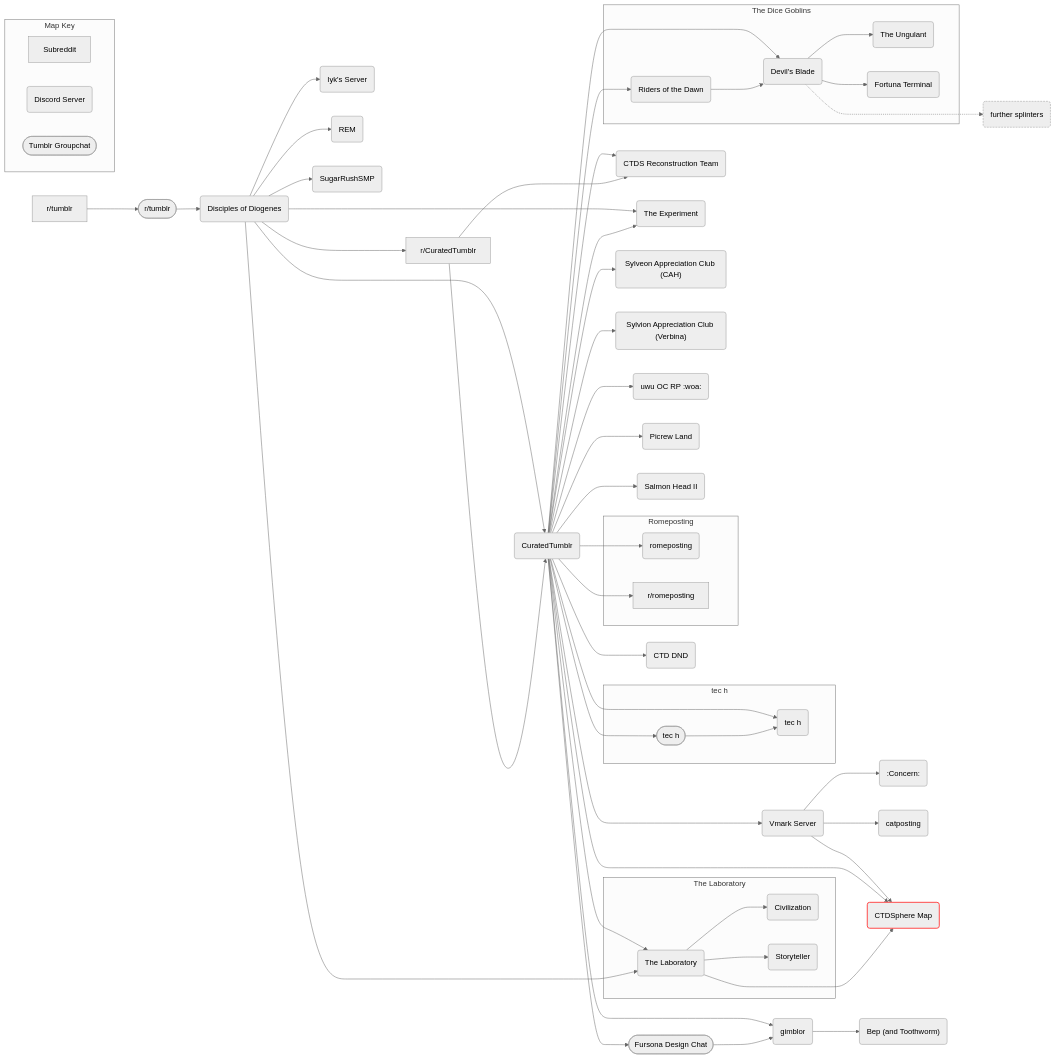
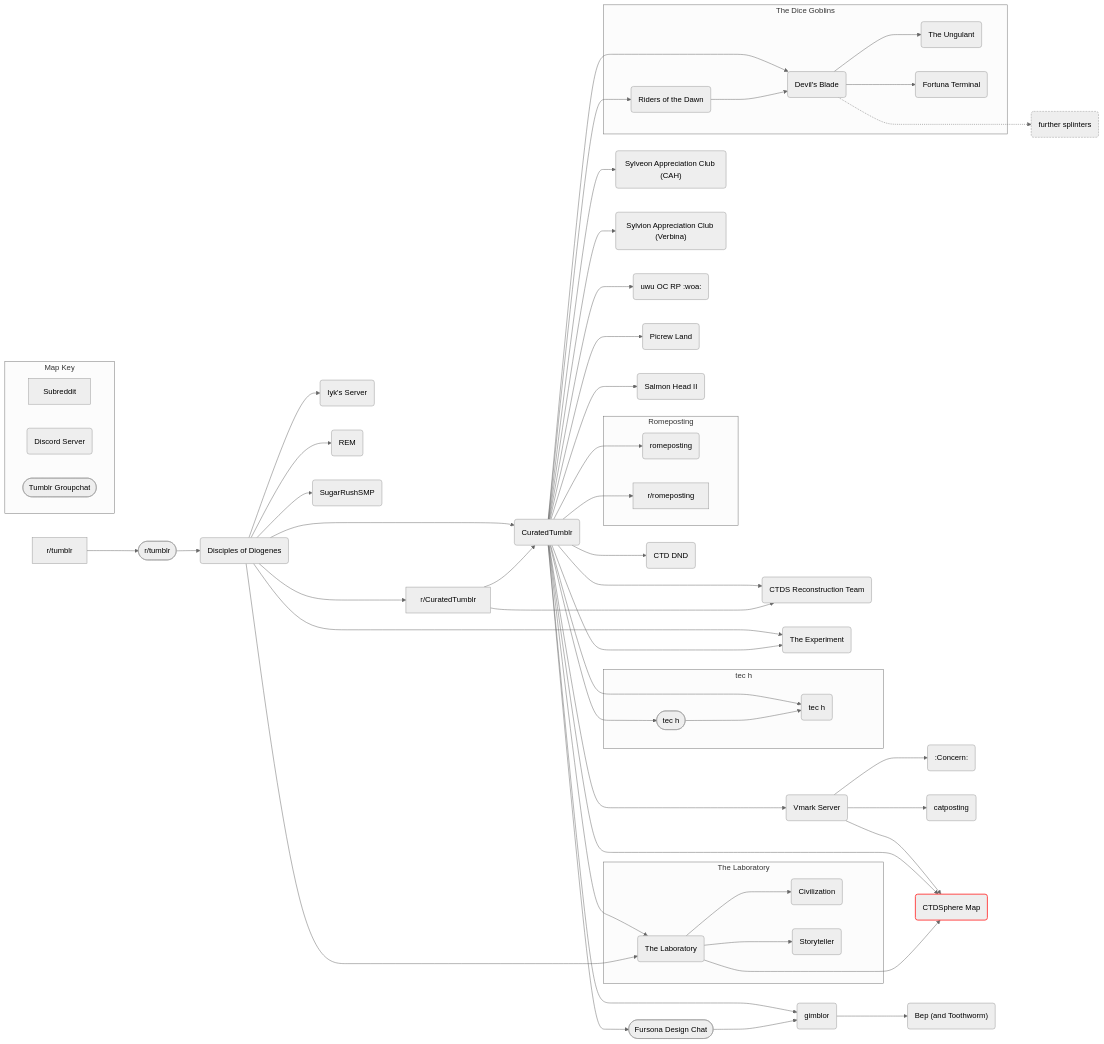
One commit to AnGenericAccount/CTDSphere-Map changed the diagram in Map.md. Above: the diagram before and after it, drawn with Mermaid (neutral theme).

````diff
--- a/Map.md
+++ b/Map.md
@@ -1,64 +1,64 @@
 ```mermaid
 flowchart LR
     tumblr[r/tumblr]-->groupchat([r/tumblr])
     groupchat-->DoD(Disciples of Diogenes)
     DoD--->subreddit[r/CuratedTumblr]
     DoD-->CTDS(CuratedTumblr)
     subreddit-->CTDS
     DoD-->Iyk(Iyk's Server)
     DoD-->REM(REM)
     DoD-->Sugar(SugarRushSMP)
-    CTDS-->reconstruction(CTDS Reconstruction Team)
+    CTDS--->reconstruction(CTDS Reconstruction Team)
     subreddit-->reconstruction
     CTDS-->lab(The Laboratory)
     DoD-->lab
     subgraph Laboratory [The Laboratory]
         lab-->Civilization(Civilization)
         lab-->Storyteller(Storyteller)
     end
     DoD-->Experiment(The Experiment)
-    CTDS-->Experiment
+    CTDS--->Experiment
     CTDS-->CAH("Sylveon Appreciation Club (CAH)")
     CTDS-->Verbina("Sylvion Appreciation Club (Verbina)")
     CTDS-->tech(tec h)
     CTDS-->techchat([tec h])
     subgraph tec[tec h]
         techchat-->tech
     end
     CTDS-->RP(uwu OC RP :woa:)
     CTDS-->picrew(Picrew Land)
     CTDS-->salmon(Salmon Head II)
     CTDS-->Vmark(Vmark Server)
     Vmark-->concern(:Concern:)
     Vmark-->catposting(catposting)
     Vmark-->sphere("CTDSphere Map")
     style sphere stroke:#f44,stroke-width:2px
     CTDS-->sphere
     lab--->sphere
     CTDS-->gimblor(gimblor)
     CTDS-->fursona([Fursona Design Chat])
     fursona-->gimblor
     gimblor-->bep("Bep (and Toothworm)")
     subgraph Romeposting
         rome(romeposting)
         romesub[r/romeposting]
     end
     CTDS-->rome
     CTDS-->romesub
     CTDS-->DND(CTD DND)
     CTDS-->dawn(Riders of the Dawn)
     CTDS-->blade(Devil's Blade)
     subgraph riders[The Dice Goblins]
         dawn-->blade
         blade-->ungulant(The Ungulant)
         blade-->terminal(Fortuna Terminal)   
     end
     blade-..->further(further splinters)
     style further stroke-dasharray:4 2
     subgraph Key [Map Key]
         direction LR
         sub[Subreddit]
         discord(Discord Server)
         chat([Tumblr Groupchat])
     end
 ```
````
